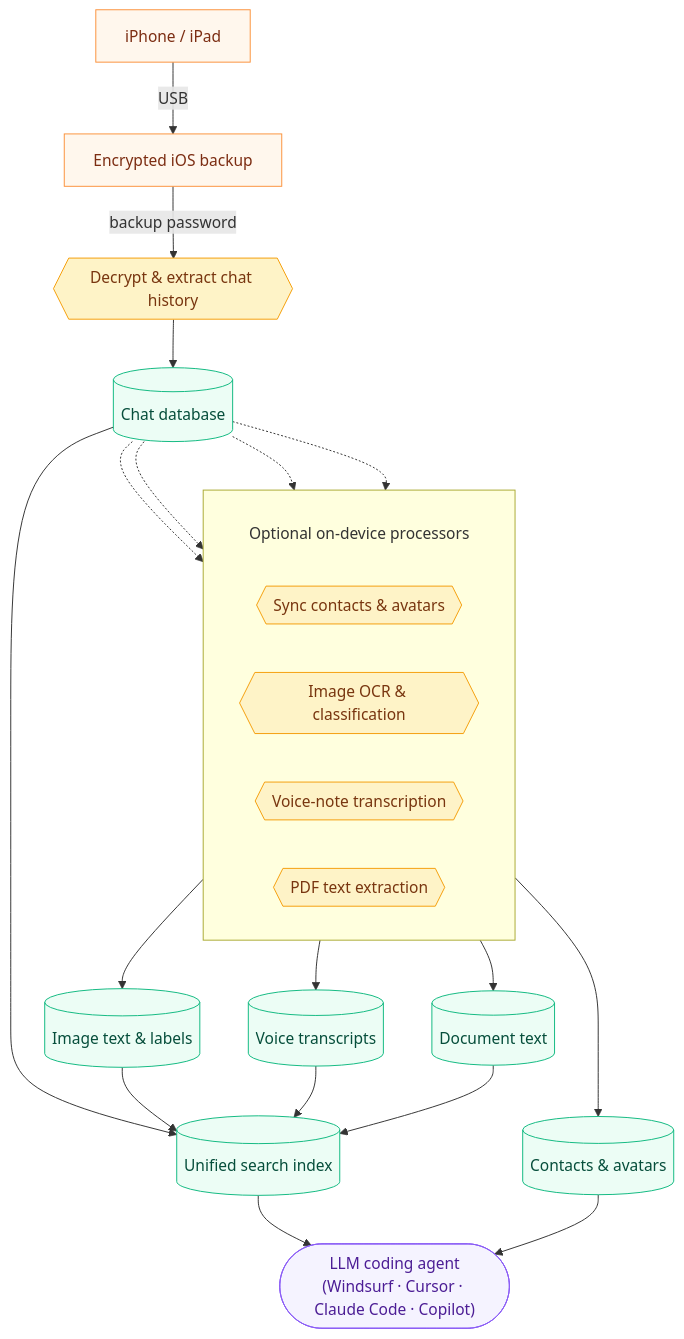
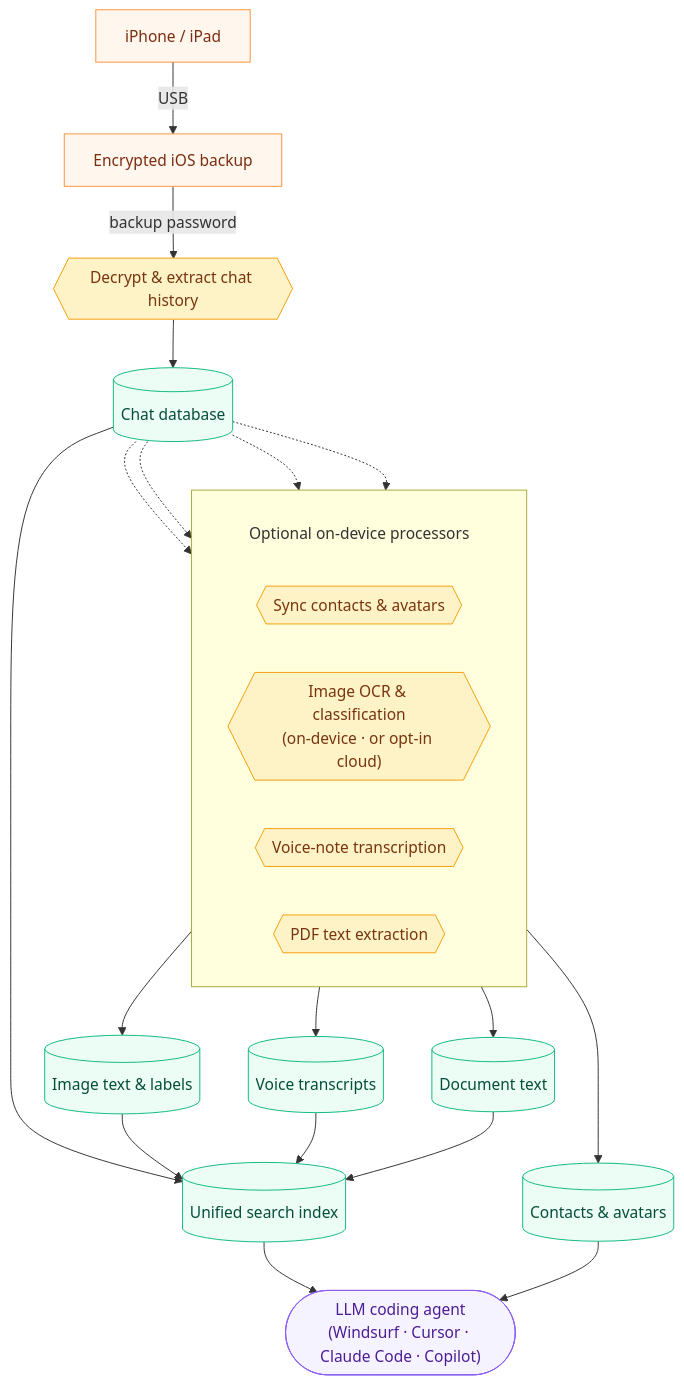
The diagram in README.md (alkait/WhatsKept), drawn with Mermaid before and after one commit. The commit also changed other lines of this file and 1 other file, not shown here.

First line of the commit message:
docs(readme): add logo, document opt-in cloud image descriptions

````diff
--- a/README.md
+++ b/README.md
@@ -109,46 +134,46 @@
 ```mermaid
 %%{init: {'flowchart': {'subGraphTitleMargin': {'top': 32, 'bottom': 32}}}}%%
 flowchart TD
     classDef src    fill:#fff7ed,stroke:#fb923c,color:#7c2d12
     classDef proc   fill:#fef3c7,stroke:#f59e0b,color:#78350f
     classDef data   fill:#ecfdf5,stroke:#10b981,color:#064e3b
     classDef agent  fill:#f5f3ff,stroke:#8b5cf6,color:#4c1d95
 
     IP["iPhone / iPad"]:::src
     BK["Encrypted iOS backup"]:::src
     IP -->|USB| BK
 
     SYNC{{"Decrypt &amp; extract chat history"}}:::proc
     BK -->|backup password| SYNC
 
     DB[("Chat database")]:::data
     SYNC --> DB
 
     subgraph SIDE["Optional on-device processors"]
         direction LR
         PS{{"Sync contacts &amp; avatars"}}:::proc
-        MI{{"Image OCR &amp; classification"}}:::proc
+        MI{{"Image OCR &amp; classification<br/>(on-device · or opt-in cloud)"}}:::proc
         VI{{"Voice-note transcription"}}:::proc
         XI{{"PDF text extraction"}}:::proc
     end
 
     DB -.-> PS
     DB -.-> MI
     DB -.-> VI
     DB -.-> XI
 
     PS --> AV[("Contacts &amp; avatars")]:::data
     MI --> IM[("Image text &amp; labels")]:::data
     VI --> VC[("Voice transcripts")]:::data
     XI --> DC[("Document text")]:::data
 
     FTS[("Unified search index")]:::data
     DB --> FTS
     IM --> FTS
     VC --> FTS
     DC --> FTS
 
     AGENT(["LLM coding agent<br/>(Windsurf · Cursor · Claude Code · Copilot)"]):::agent
     FTS --> AGENT
     AV  --> AGENT
 ```
````
